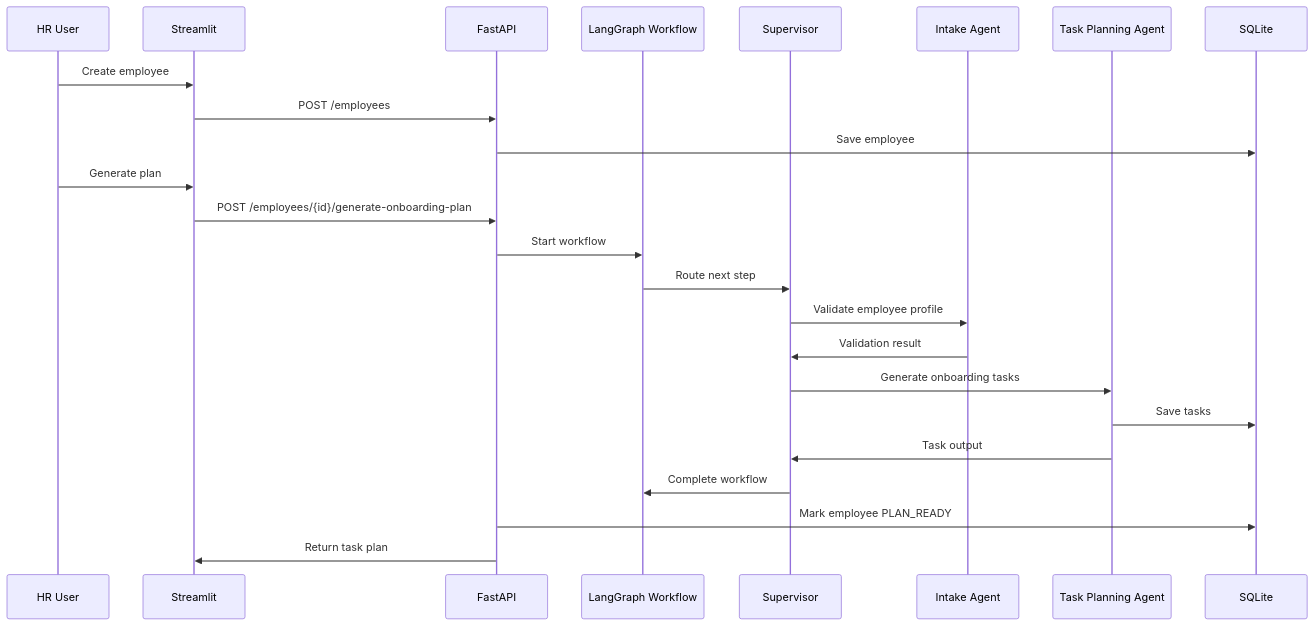
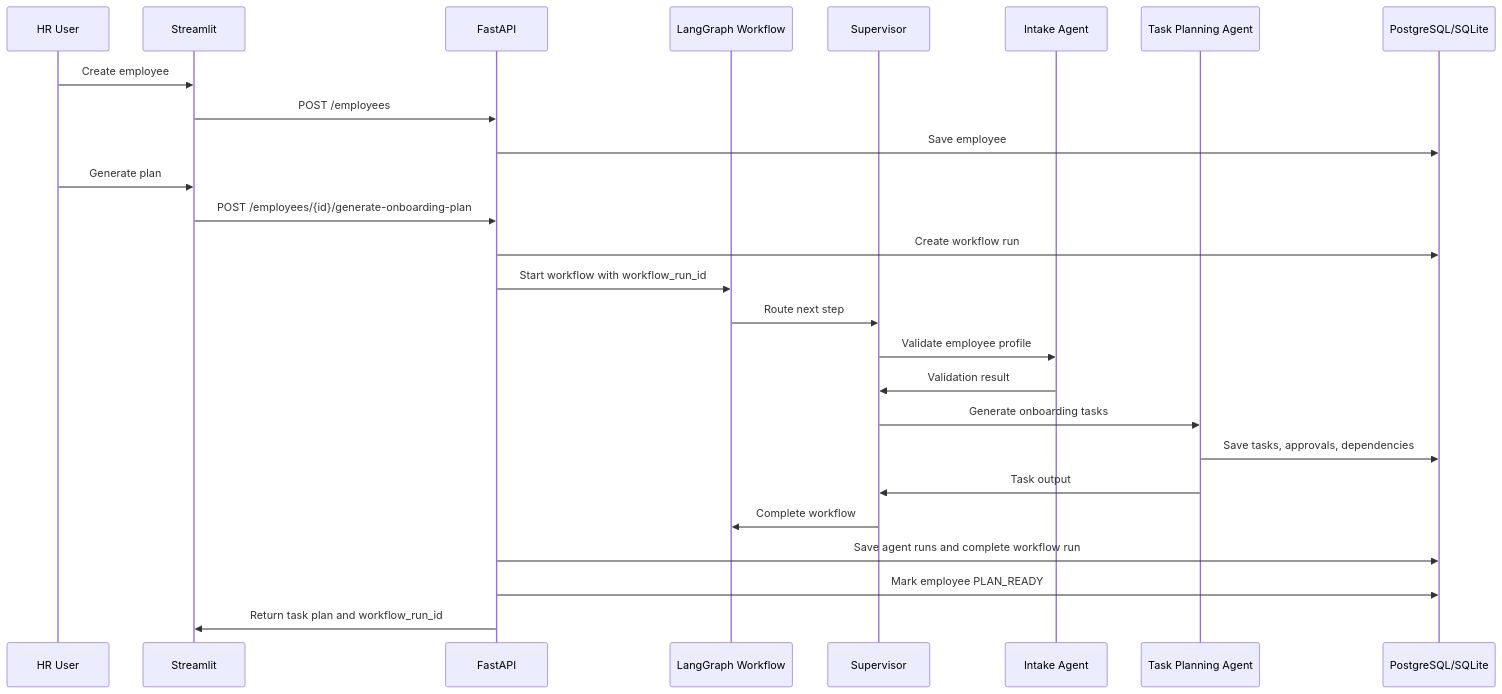
One commit to vego-ds/onboarding-buddy changed the second of 3 diagrams in docs/ARCHITECTURE_DIAGRAM.md. Above: the diagram before and after it, drawn with Mermaid. The commit also changed other lines of this file and 17 other files, not shown here.

````diff
--- a/docs/ARCHITECTURE_DIAGRAM.md
+++ b/docs/ARCHITECTURE_DIAGRAM.md
@@ -25,27 +32,29 @@
 ```mermaid
 sequenceDiagram
     participant HR as HR User
     participant UI as Streamlit
     participant API as FastAPI
     participant WF as LangGraph Workflow
     participant S as Supervisor
     participant I as Intake Agent
     participant T as Task Planning Agent
-    participant DB as SQLite
+    participant DB as PostgreSQL/SQLite
 
     HR->>UI: Create employee
     UI->>API: POST /employees
     API->>DB: Save employee
     HR->>UI: Generate plan
     UI->>API: POST /employees/{id}/generate-onboarding-plan
-    API->>WF: Start workflow
+    API->>DB: Create workflow run
+    API->>WF: Start workflow with workflow_run_id
     WF->>S: Route next step
     S->>I: Validate employee profile
     I->>S: Validation result
     S->>T: Generate onboarding tasks
-    T->>DB: Save tasks
+    T->>DB: Save tasks, approvals, dependencies
     T->>S: Task output
     S->>WF: Complete workflow
+    API->>DB: Save agent runs and complete workflow run
     API->>DB: Mark employee PLAN_READY
-    API->>UI: Return task plan
+    API->>UI: Return task plan and workflow_run_id
 ```
````
